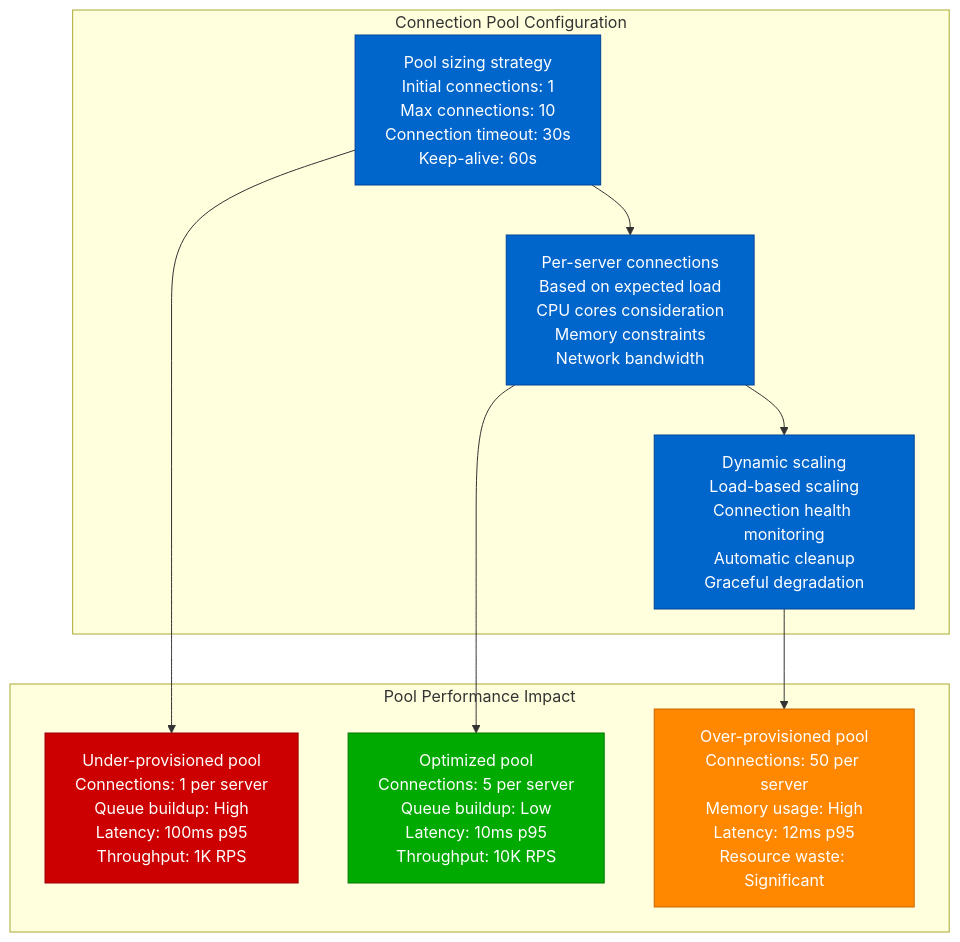
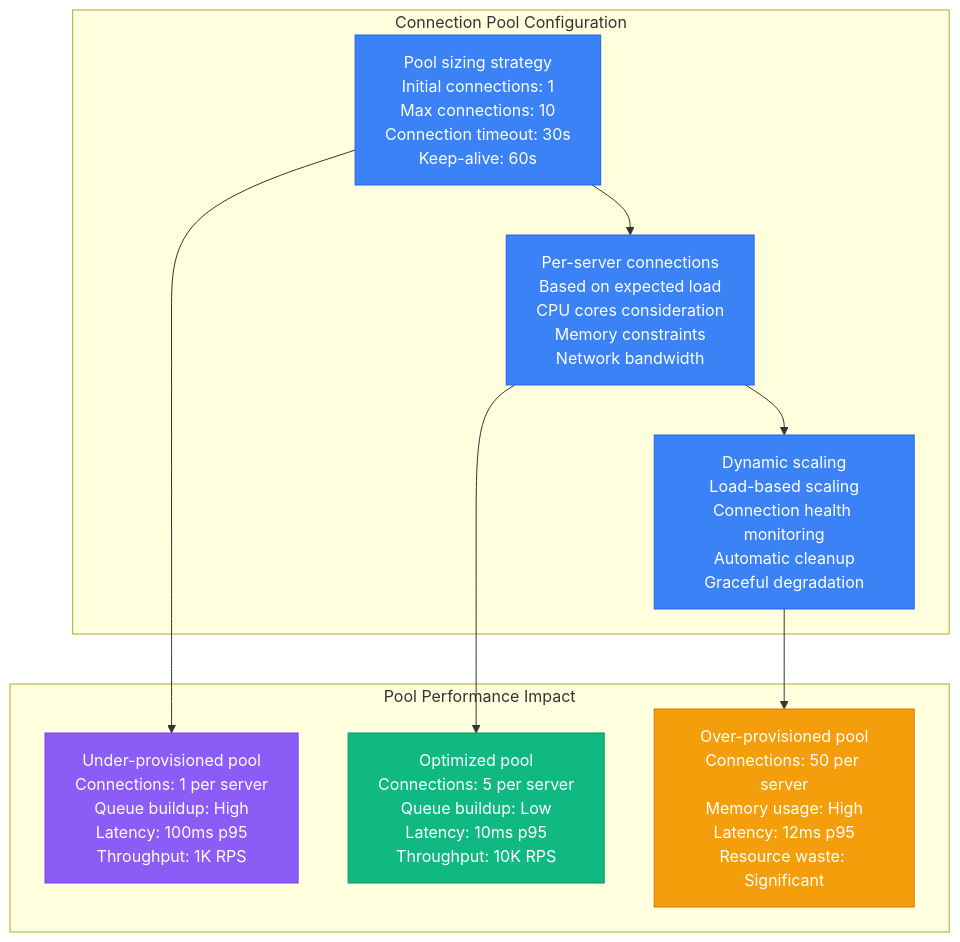
The ninth of 13 diagrams in site/docs/performance/grpc-performance-profile.md (deepaucksharma/DS), drawn with Mermaid before and after one commit. The commit also changed other lines of this file and 303 other files, not shown here.

````diff
--- a/site/docs/performance/grpc-performance-profile.md
+++ b/site/docs/performance/grpc-performance-profile.md
@@ -351,34 +351,34 @@
 ```mermaid
 graph TB
     subgraph "Connection Pool Configuration"
         POOL1[Pool sizing strategy<br/>Initial connections: 1<br/>Max connections: 10<br/>Connection timeout: 30s<br/>Keep-alive: 60s]
 
         POOL2[Per-server connections<br/>Based on expected load<br/>CPU cores consideration<br/>Memory constraints<br/>Network bandwidth]
 
         POOL3[Dynamic scaling<br/>Load-based scaling<br/>Connection health monitoring<br/>Automatic cleanup<br/>Graceful degradation]
 
         POOL1 --> POOL2 --> POOL3
     end
 
     subgraph "Pool Performance Impact"
         PERF1[Under-provisioned pool<br/>Connections: 1 per server<br/>Queue buildup: High<br/>Latency: 100ms p95<br/>Throughput: 1K RPS]
 
         PERF2[Optimized pool<br/>Connections: 5 per server<br/>Queue buildup: Low<br/>Latency: 10ms p95<br/>Throughput: 10K RPS]
 
         PERF3[Over-provisioned pool<br/>Connections: 50 per server<br/>Memory usage: High<br/>Latency: 12ms p95<br/>Resource waste: Significant]
 
         POOL1 --> PERF1
         POOL2 --> PERF2
         POOL3 --> PERF3
     end
 
-    classDef poolStyle fill:#0066CC,stroke:#004499,color:#fff
-    classDef underStyle fill:#CC0000,stroke:#990000,color:#fff
-    classDef optStyle fill:#00AA00,stroke:#007700,color:#fff
-    classDef overStyle fill:#FF8800,stroke:#CC6600,color:#fff
+    classDef poolStyle fill:#3B82F6,stroke:#2563EB,color:#fff
+    classDef underStyle fill:#8B5CF6,stroke:#7C3AED,color:#fff
+    classDef optStyle fill:#10B981,stroke:#059669,color:#fff
+    classDef overStyle fill:#F59E0B,stroke:#D97706,color:#fff
 
     class POOL1,POOL2,POOL3 poolStyle
     class PERF1 underStyle
     class PERF2 optStyle
     class PERF3 overStyle
 ```
````
